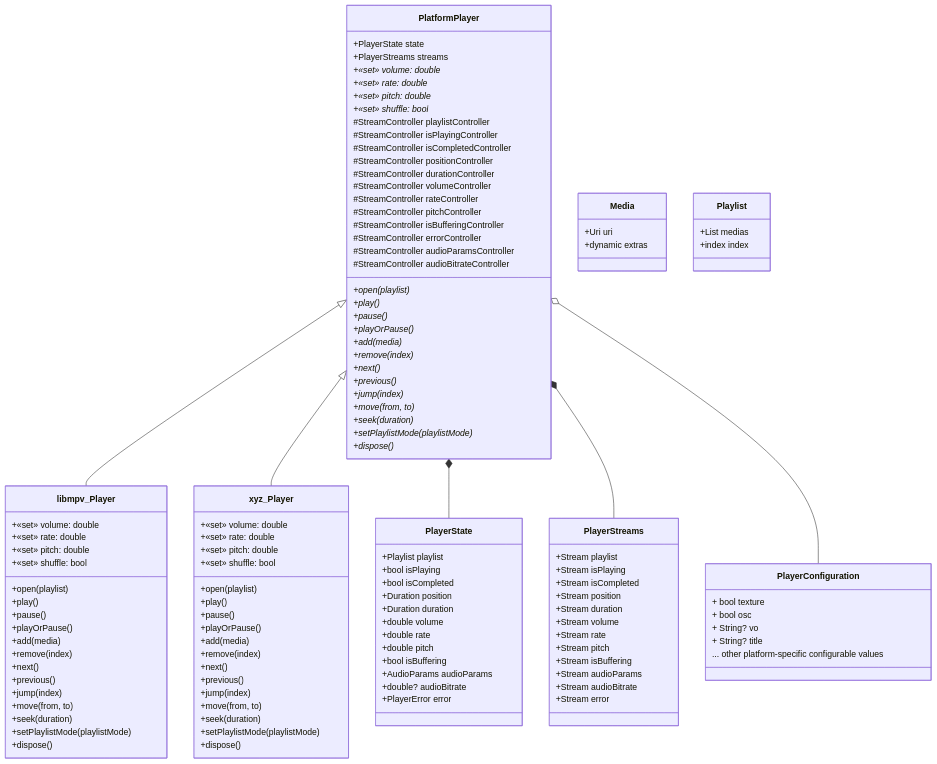
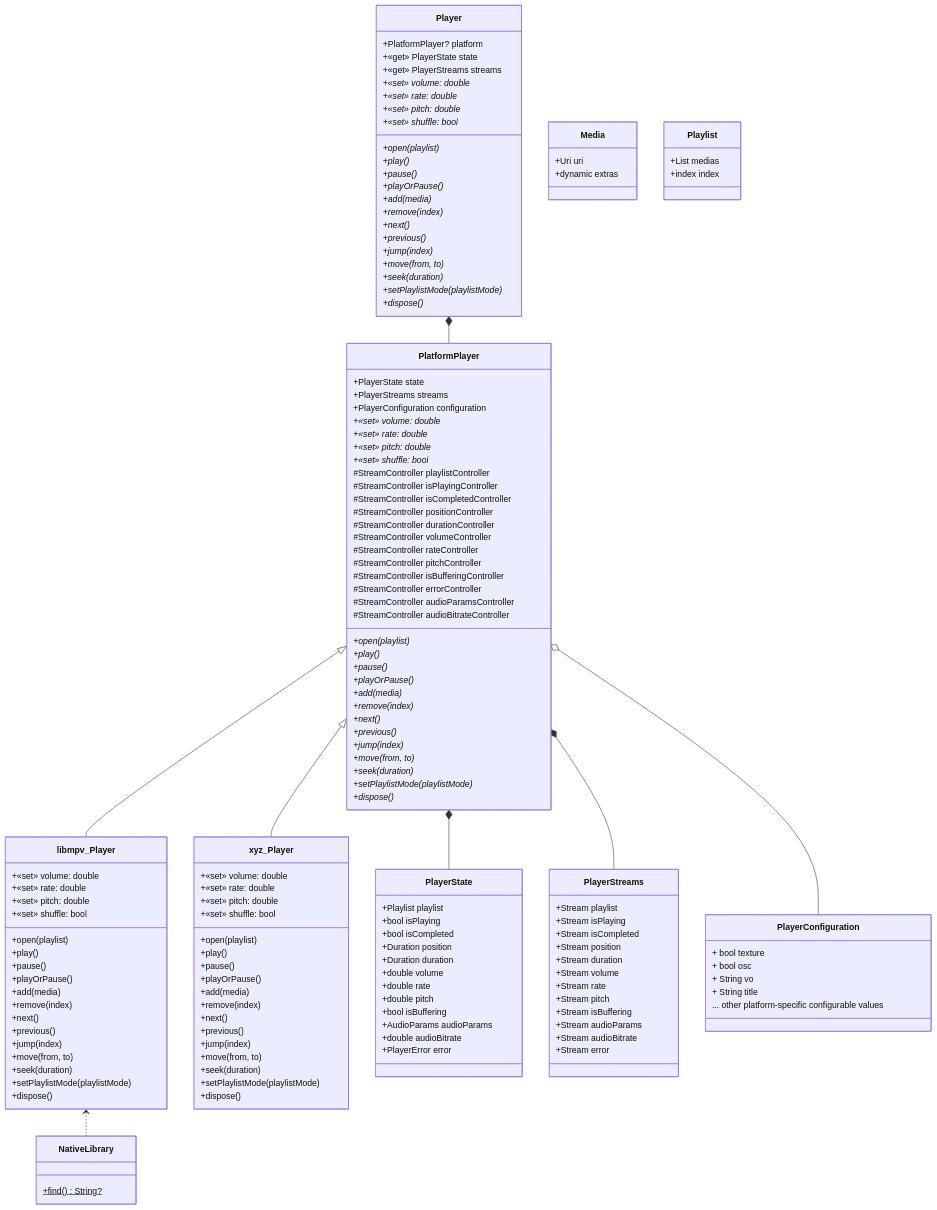
Before and after one commit to media-kit/media-kit: the first of 2 diagrams in README.md, drawn with Mermaid. The commit also changed other lines of this file, not shown here.

Commit message:
docs: class diagram

````diff
--- a/README.md
+++ b/README.md
@@ -17,11 +17,14 @@
 ```mermaid
 classDiagram
-
+   
+  Player *-- PlatformPlayer
   PlatformPlayer <|-- libmpv_Player
-  PlatformPlayer <|-- xyz_Player
+  PlatformPlayer <|-- xyz_Player  
   PlatformPlayer *-- PlayerState
   PlatformPlayer *-- PlayerStreams
   PlatformPlayer o-- PlayerConfiguration
+  
+  libmpv_Player <.. NativeLibrary
   
   class Media {
     +Uri uri
@@ -36,8 +39,8 @@
   class PlayerConfiguration {
     + bool texture
     + bool osc
-    + String? vo
-    + String? title
+    + String vo
+    + String title
     ... other platform-specific configurable values
   }
   
@@ -52,7 +55,7 @@
     +Stream<double> pitch
     +Stream<bool> isBuffering
     +Stream<AudioParams> audioParams
-    +Stream<double?> audioBitrate
+    +Stream<double> audioBitrate
     +Stream<PlayerError> error
   }
   
@@ -67,13 +70,40 @@
     +double pitch
     +bool isBuffering
     +AudioParams audioParams
-    +double? audioBitrate
+    +double audioBitrate
     +PlayerError error
+  }
+  
+  class Player {
+    +PlatformPlayer? platform
+    
+    +«get» PlayerState state
+    +«get» PlayerStreams streams
+    
+    +«set» volume: double*
+    +«set» rate: double*
+    +«set» pitch: double*
+    +«set» shuffle: bool*
+    
+    +open(playlist)*
+    +play()*
+    +pause()*
+    +playOrPause()*
+    +add(media)*
+    +remove(index)*
+    +next()*
+    +previous()*
+    +jump(index)*
+    +move(from, to)*
+    +seek(duration)*
+    +setPlaylistMode(playlistMode)*
+    +dispose()*
   }
   
   class PlatformPlayer {
     +PlayerState state
     +PlayerStreams streams
+    +PlayerConfiguration configuration
     
     +open(playlist)*
     +play()*
@@ -128,6 +158,10 @@
     +dispose()
   }
   
+  class NativeLibrary {
+    +find()$ String?
+  }
+  
   class xyz_Player {
     +open(playlist)
     +play()
````
